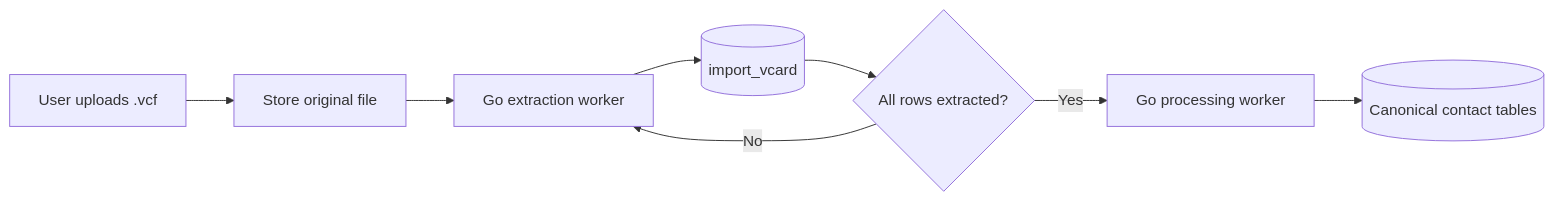
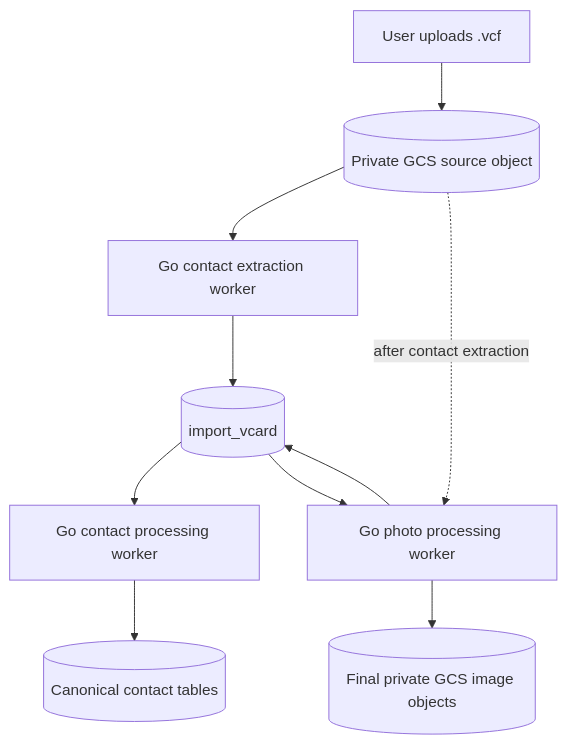
One commit to M-Pederson/docs changed the diagram in guides/open-work/apple-vcard-import.mdx. Above: the diagram before and after it, drawn with Mermaid. The commit also changed other lines of this file, not shown here.

Commit message:
docs: defer vCard photo processing to GCS worker

````diff
--- a/guides/open-work/apple-vcard-import.mdx
+++ b/guides/open-work/apple-vcard-import.mdx
@@ -16,10 +16,12 @@
 ```mermaid
-flowchart LR
-  U[User uploads .vcf] --> S[Store original file]
-  S --> E[Go extraction worker]
+flowchart TD
+  U[User uploads .vcf] --> S[(Private GCS source object)]
+  S --> E[Go contact extraction worker]
   E --> T[(import_vcard)]
-  T --> V{All rows extracted?}
-  V -->|No| E
-  V -->|Yes| P[Go processing worker]
+  T --> P[Go contact processing worker]
   P --> C[(Canonical contact tables)]
+  S -. after contact extraction .-> I[Go photo processing worker]
+  T --> I
+  I --> G[(Final private GCS image objects)]
+  I --> T
 ```
````
